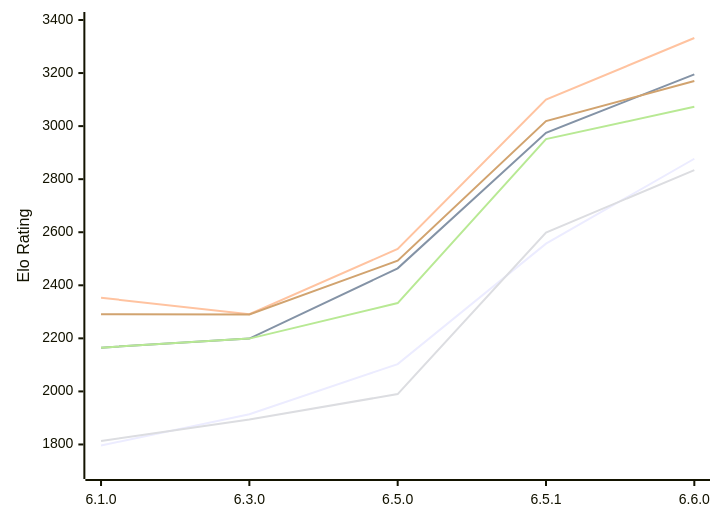
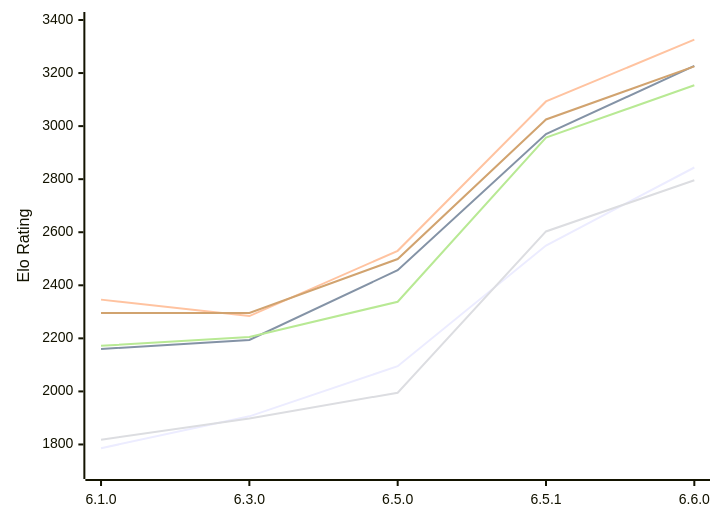
The diagram in engines/Luminex.md (computer-chess-index/cci), drawn with Mermaid before and after one commit. The commit also changed other lines of this file, not shown here.

Commit message:
Update CCI Ratings (ELO VLTC) - 2026-11-18

````diff
--- a/engines/Luminex.md
+++ b/engines/Luminex.md
@@ -55,12 +55,12 @@
 ```mermaid
 %%{init: {"theme":"base","themeVariables":{"seriesColors:['#a3a3a3','#222221','#faa371']}}}%%
 xychart-beta
   x-axis ["6.1.0", "6.3.0", "6.5.0", "6.5.1", "6.6.0"]
   y-axis "Elo Rating" 1700 --> 3400
-  line "E1: STC (8.0+0.08s)" [1796, 1914, 2103, 2557, 2877]
-  line "E1: LTC (60.0+0.60s)" [2165, 2199, 2464, 2975, 3195]
-  line "E1: VLTC (2m24s+1.12s)" [2353, 2291, 2537, 3100, 3332]
-  line "P1: STC (8.0+0.08s)" [1813, 1894, 1990, 2599, 2834]
-  line "P1: LTC (60.0+0.60s)" [2165, 2199, 2333, 2951, 3073]
-  line "P1: VLTC (2m24s+1.12s)" [2291, 2290, 2493, 3019, 3170]
+  line "E1: STC (8.0+0.08s)" [1786, 1906, 2095, 2550, 2844]
+  line "E1: LTC (60.0+0.60s)" [2160, 2194, 2457, 2970, 3227]
+  line "E1: VLTC (2m24s+1.12s)" [2346, 2284, 2530, 3093, 3326]
+  line "P1: STC (8.0+0.08s)" [1818, 1898, 1995, 2603, 2796]
+  line "P1: LTC (60.0+0.60s)" [2172, 2205, 2338, 2957, 3154]
+  line "P1: VLTC (2m24s+1.12s)" [2296, 2296, 2499, 3025, 3225]
 ```
````
